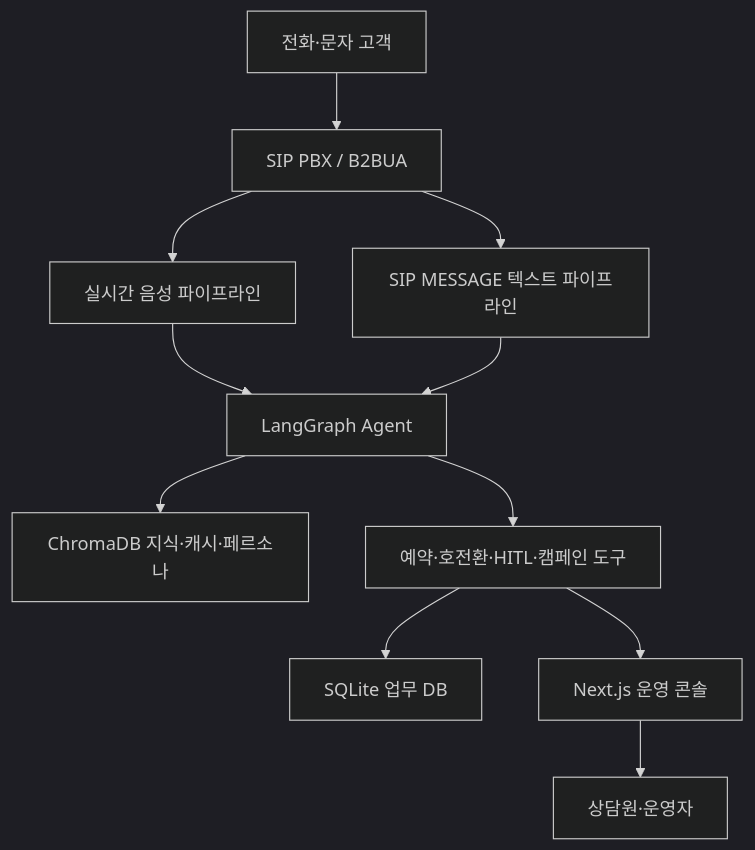
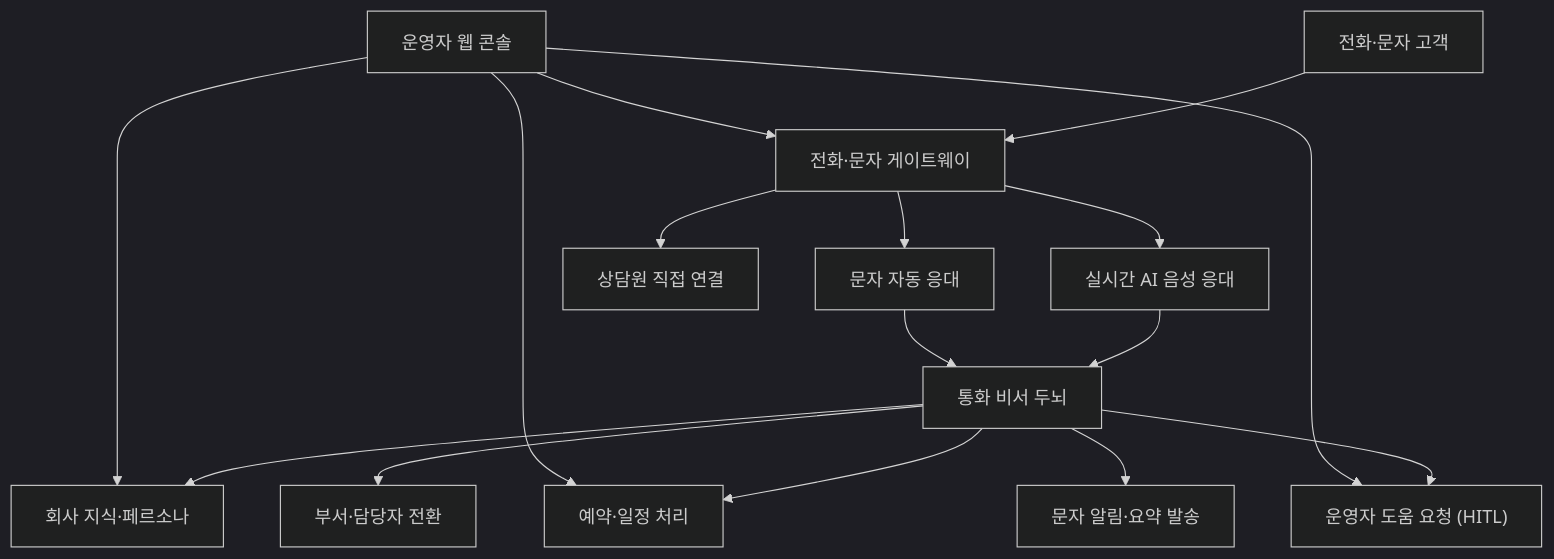
One commit to hak023/agentic_ai_callbot changed the second of 4 diagrams in docs/presentation/PROJECT_BRIEF.md. Above: the diagram before and after it, drawn with Mermaid (dark theme). The commit also changed other lines of this file, not shown here.

````diff
--- a/docs/presentation/PROJECT_BRIEF.md
+++ b/docs/presentation/PROJECT_BRIEF.md
@@ -131,13 +111,21 @@
 ```mermaid
 flowchart TB
-    Caller["전화·문자 고객"] --> SIP["SIP PBX / B2BUA"]
-    SIP --> Voice["실시간 음성 파이프라인"]
-    SIP --> Text["SIP MESSAGE 텍스트 파이프라인"]
-    Voice --> Agent["LangGraph Agent"]
-    Text --> Agent
-    Agent --> RAG["ChromaDB 지식·캐시·페르소나"]
-    Agent --> Tools["예약·호전환·HITL·캠페인 도구"]
-    Tools --> DB["SQLite 업무 DB"]
-    Tools --> Dashboard["Next.js 운영 콘솔"]
-    Dashboard --> Operator["상담원·운영자"]
+    Phone["전화·문자 고객"] --> Telephony["전화·문자 게이트웨이"]
+    Telephony --> Voice["실시간 AI 음성 응대"]
+    Telephony --> Text["문자 자동 응대"]
+    Telephony --> Operator["상담원 직접 연결"]
+
+    Voice --> Brain["통화 비서 두뇌"]
+    Text --> Brain
+
+    Brain --> KB["회사 지식·페르소나"]
+    Brain --> Booking["예약·일정 처리"]
+    Brain --> Transfer["부서·담당자 전환"]
+    Brain --> Helper["운영자 도움 요청 (HITL)"]
+    Brain --> SMS["문자 알림·요약 발송"]
+
+    Console["운영자 웹 콘솔"] --> KB
+    Console --> Booking
+    Console --> Telephony
+    Console --> Helper
 ```
````
